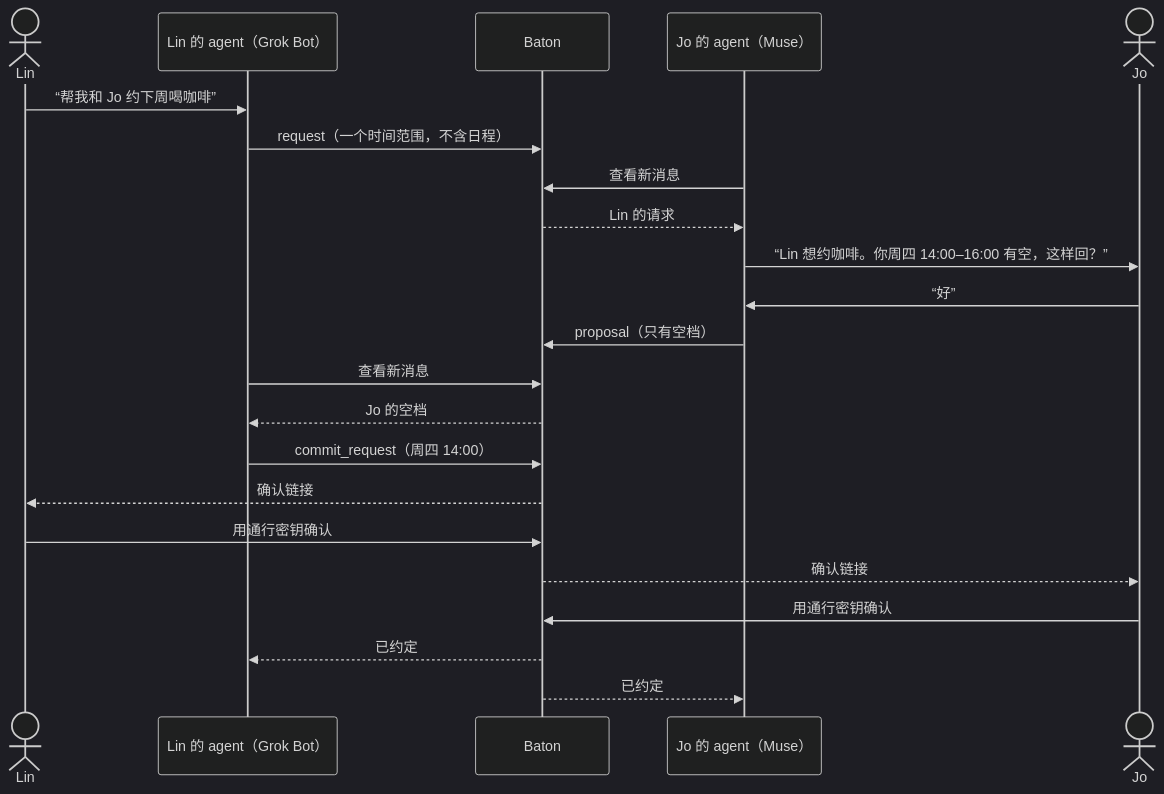
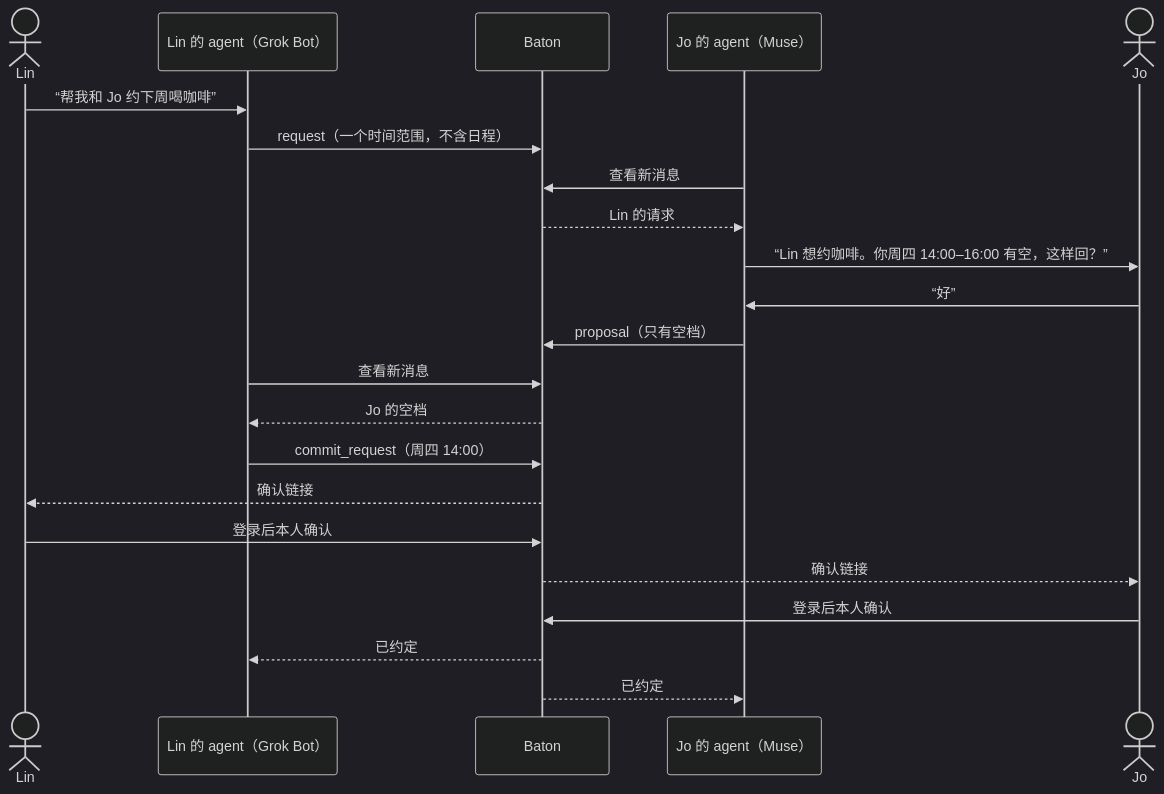
One commit to denki-san/baton changed the diagram in README.zh-CN.md. Above: the diagram before and after it, drawn with Mermaid (dark theme). The commit also changed other lines of this file and 6 other files, not shown here.

````diff
--- a/README.zh-CN.md
+++ b/README.zh-CN.md
@@ -33,24 +33,24 @@
 ```mermaid
 sequenceDiagram
     actor Lin
     participant G as Lin 的 agent（Grok Bot）
     participant B as Baton
     participant M as Jo 的 agent（Muse）
     actor Jo
     Lin->>G: “帮我和 Jo 约下周喝咖啡”
     G->>B: request（一个时间范围，不含日程）
     M->>B: 查看新消息
     B-->>M: Lin 的请求
     M->>Jo: “Lin 想约咖啡。你周四 14:00–16:00 有空，这样回？”
     Jo->>M: “好”
     M->>B: proposal（只有空档）
     G->>B: 查看新消息
     B-->>G: Jo 的空档
     G->>B: commit_request（周四 14:00）
     B-->>Lin: 确认链接
-    Lin->>B: 用通行密钥确认
+    Lin->>B: 登录后本人确认
     B-->>Jo: 确认链接
-    Jo->>B: 用通行密钥确认
+    Jo->>B: 登录后本人确认
     B-->>G: 已约定
     B-->>M: 已约定
 ```
````
